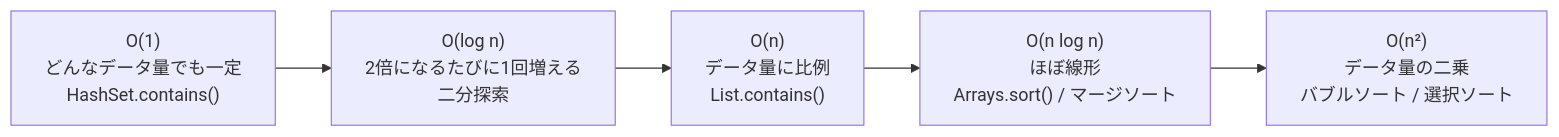
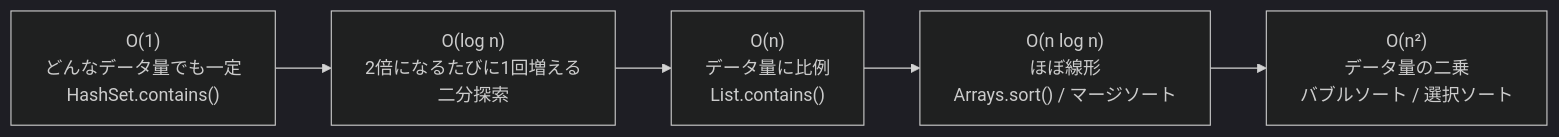
The diagram in src/main/java/com/example/algorithms/README.md (t-inoue0214/starter-java-first-steps), drawn with Mermaid before and after one commit. The commit also changed 9 other files, not shown here.

Commit message:
[update] Added the history of microarchitectures to the README for Chapter 14 and set the Mermaid.js scheme for all READMEs to monochrome

````diff
--- a/src/main/java/com/example/algorithms/README.md
+++ b/src/main/java/com/example/algorithms/README.md
@@ -23,7 +23,8 @@
 ```mermaid
+%%{init:{'theme':'dark'}}%%
 graph LR
     A["O(1)\nどんなデータ量でも一定\nHashSet.contains()"] --> B["O(log n)\n2倍になるたびに1回増える\n二分探索"]
     B --> C["O(n)\nデータ量に比例\nList.contains()"]
     C --> D["O(n log n)\nほぼ線形\nArrays.sort() / マージソート"]
     D --> E["O(n²)\nデータ量の二乗\nバブルソート / 選択ソート"]
 ```
````
